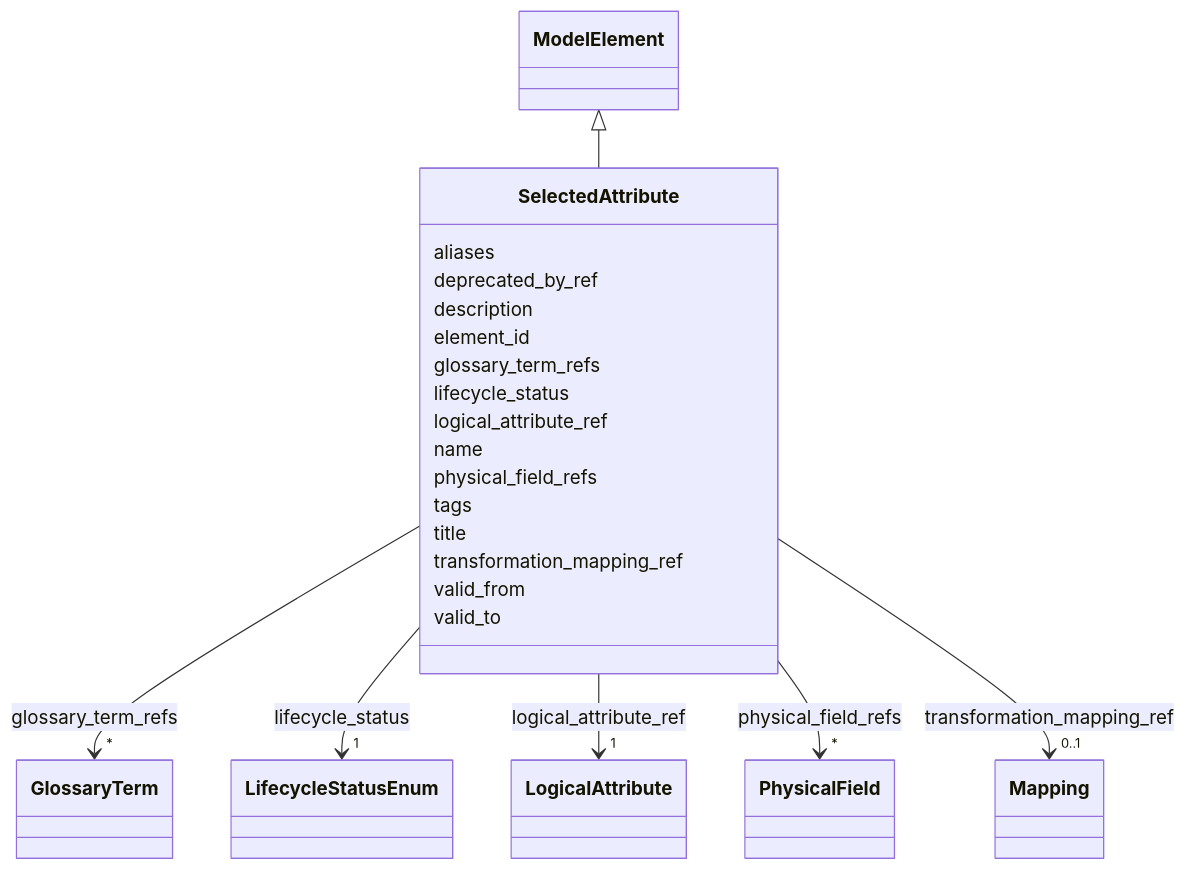
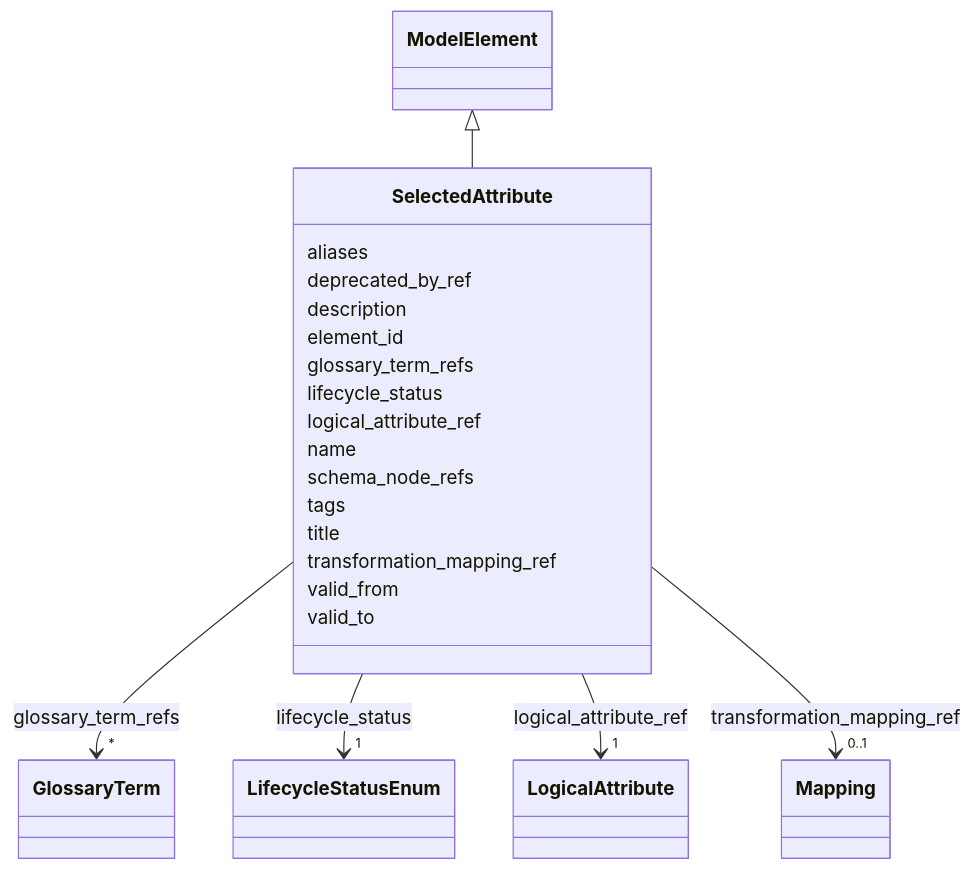
The diagram in generated/artifacts/moex-dams/0.1/diagrams/SelectedAttribute.md (oista/moex-data-model), drawn with Mermaid before and after one commit. The commit also changed 193 other files, not shown here.

First line of the commit message:
feat(dams): introduce DataStructure and SchemaNode, separate Message (#11)

````diff
--- a/generated/artifacts/moex-dams/0.1/diagrams/SelectedAttribute.md
+++ b/generated/artifacts/moex-dams/0.1/diagrams/SelectedAttribute.md
@@ -4,82 +4,73 @@
 ```mermaid
  classDiagram
     class SelectedAttribute
     click SelectedAttribute href "../SelectedAttribute"
       ModelElement <|-- SelectedAttribute
         click ModelElement href "../ModelElement"
       
       SelectedAttribute : aliases
         
       SelectedAttribute : deprecated_by_ref
         
       SelectedAttribute : description
         
       SelectedAttribute : element_id
         
       SelectedAttribute : glossary_term_refs
         
           
     
         
         
         SelectedAttribute --> "*" GlossaryTerm : glossary_term_refs
         click GlossaryTerm href "../GlossaryTerm"
     
 
         
       SelectedAttribute : lifecycle_status
         
           
     
         
         
         SelectedAttribute --> "1" LifecycleStatusEnum : lifecycle_status
         click LifecycleStatusEnum href "../LifecycleStatusEnum"
     
 
         
       SelectedAttribute : logical_attribute_ref
         
           
     
         
         
         SelectedAttribute --> "1" LogicalAttribute : logical_attribute_ref
         click LogicalAttribute href "../LogicalAttribute"
     
 
         
       SelectedAttribute : name
         
-      SelectedAttribute : physical_field_refs
-        
-          
-    
-        
-        
-        SelectedAttribute --> "*" PhysicalField : physical_field_refs
-        click PhysicalField href "../PhysicalField"
-    
-
+      SelectedAttribute : schema_node_refs
         
       SelectedAttribute : tags
         
       SelectedAttribute : title
         
       SelectedAttribute : transformation_mapping_ref
         
           
     
         
         
         SelectedAttribute --> "0..1" Mapping : transformation_mapping_ref
         click Mapping href "../Mapping"
     
 
         
       SelectedAttribute : valid_from
         
       SelectedAttribute : valid_to
         
       
 ```
````
